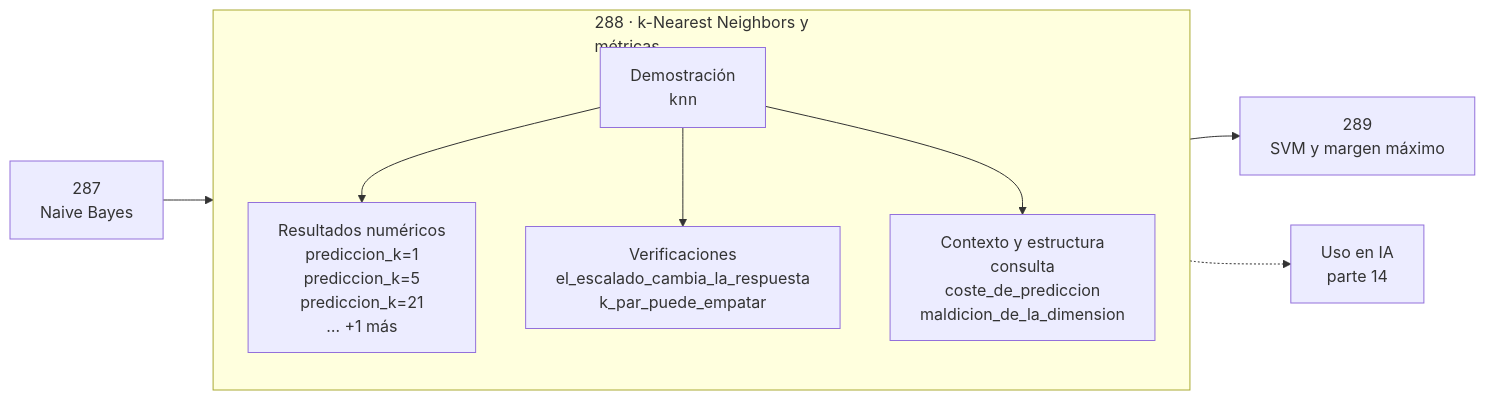
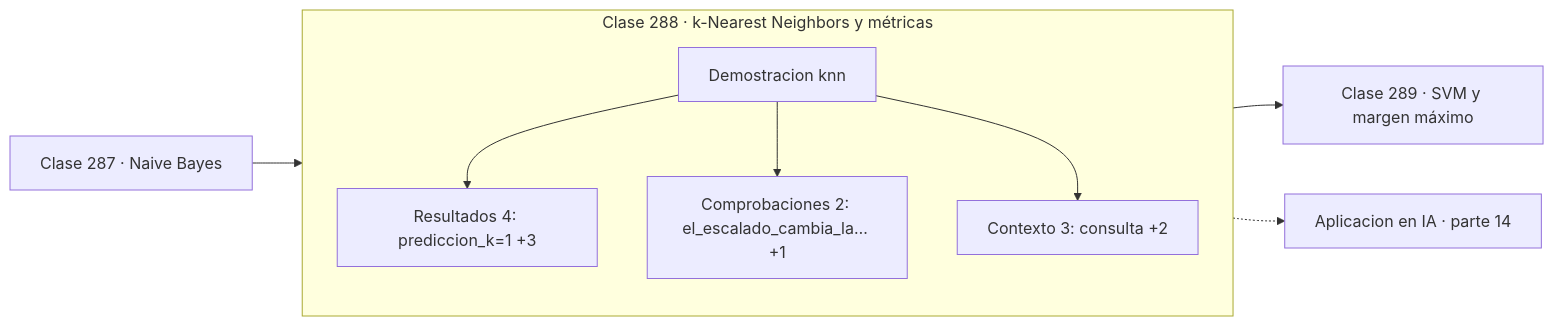
Before and after one commit to vladimiracunadev-create/computational-mathematics-program: the diagram in classes/part-14-matematica-de-machine-learning/288-k-nearest-neighbors-y-metricas/README.md, drawn with Mermaid. The commit also changed 389 other files, not shown here.

First line of the commit message:
fix(diagramas): elimina el HTML de las etiquetas Mermaid

````diff
--- a/classes/part-14-matematica-de-machine-learning/288-k-nearest-neighbors-y-metricas/README.md
+++ b/classes/part-14-matematica-de-machine-learning/288-k-nearest-neighbors-y-metricas/README.md
@@ -30,12 +30,13 @@
 ```mermaid
 flowchart LR
-    P["287<br/>Naive Bayes"] --> C
-    subgraph C["288 · k-Nearest Neighbors y<br/>métricas"]
+    P["Clase 287 · Naive Bayes"] --> D
+    subgraph CLASE["Clase 288 · k-Nearest Neighbors y métricas"]
         direction TB
-        D["Demostración<br/><code>knn</code>"] --> R["Resultados numéricos<br/>prediccion_k=1<br/>prediccion_k=5<br/>prediccion_k=21<br/>… +1 más"]
-        D --> V["Verificaciones<br/>el_escalado_cambia_la_respuesta<br/>k_par_puede_empatar"]
-        D --> O["Contexto y estructura<br/>consulta<br/>coste_de_prediccion<br/>maldicion_de_la_dimension"]
+        D["Demostracion knn"]
+        D --> R["Resultados 4: prediccion_k=1 +3"]
+        D --> V["Comprobaciones 2: el_escalado_cambia_la… +1"]
+        D --> O["Contexto 3: consulta +2"]
     end
-    C --> N["289<br/>SVM y margen máximo"]
-    C -.-> IA["Uso en IA<br/>parte 14"]
+    R --> N["Clase 289 · SVM y margen máximo"]
+    V -.-> IA["Aplicacion en IA · parte 14"]
 ```
````
